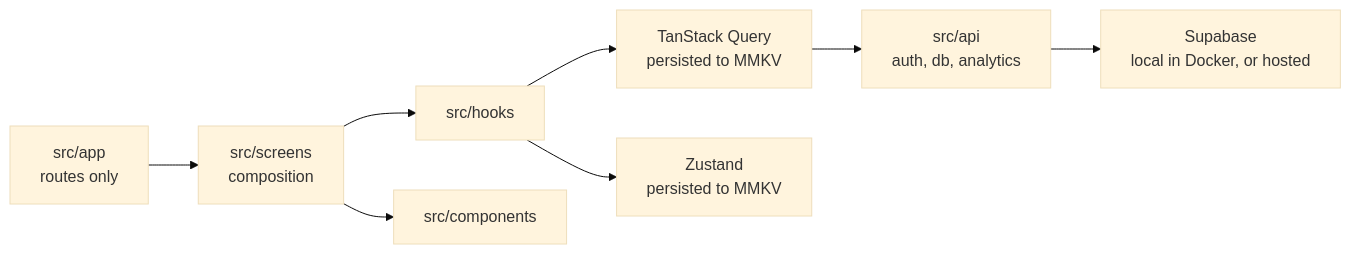
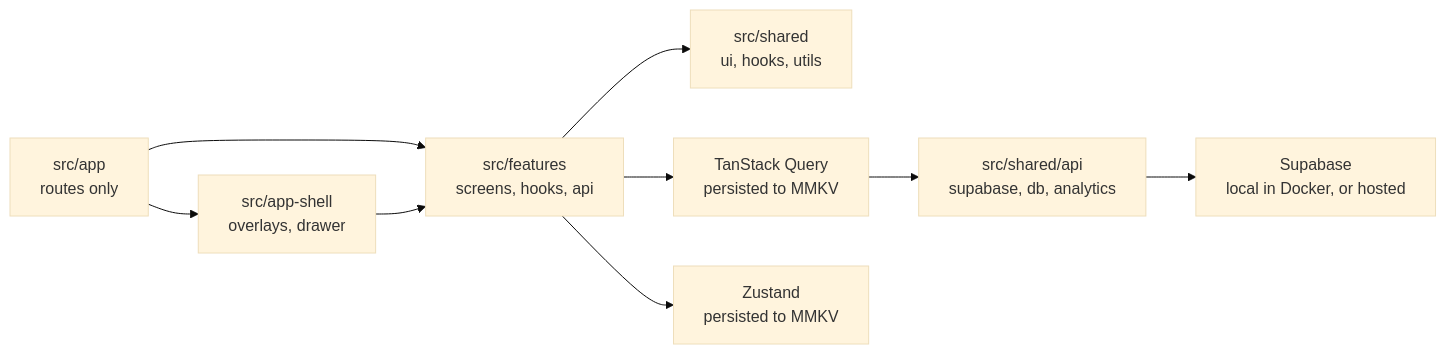
One commit to usotsukki/skeleton-rn changed the diagram in readme.md. Above: the diagram before and after it, drawn with Mermaid (base theme). The commit also changed other lines of this file and 346 other files, not shown here.

````diff
--- a/readme.md
+++ b/readme.md
@@ -84,10 +84,11 @@
 ```mermaid
 flowchart LR
-  Routes["src/app<br/>routes only"] --> Screens["src/screens<br/>composition"]
-  Screens --> Hooks["src/hooks"]
-  Screens --> UI["src/components"]
-  Hooks --> Query["TanStack Query<br/>persisted to MMKV"]
-  Hooks --> Stores["Zustand<br/>persisted to MMKV"]
-  Query --> Api["src/api<br/>auth, db, analytics"]
+  Routes["src/app<br/>routes only"] --> Features["src/features<br/>screens, hooks, api"]
+  Routes --> Shell["src/app-shell<br/>overlays, drawer"]
+  Shell --> Features
+  Features --> Shared["src/shared<br/>ui, hooks, utils"]
+  Features --> Query["TanStack Query<br/>persisted to MMKV"]
+  Features --> Stores["Zustand<br/>persisted to MMKV"]
+  Query --> Api["src/shared/api<br/>supabase, db, analytics"]
   Api --> Supabase["Supabase<br/>local in Docker, or hosted"]
 ```
````
